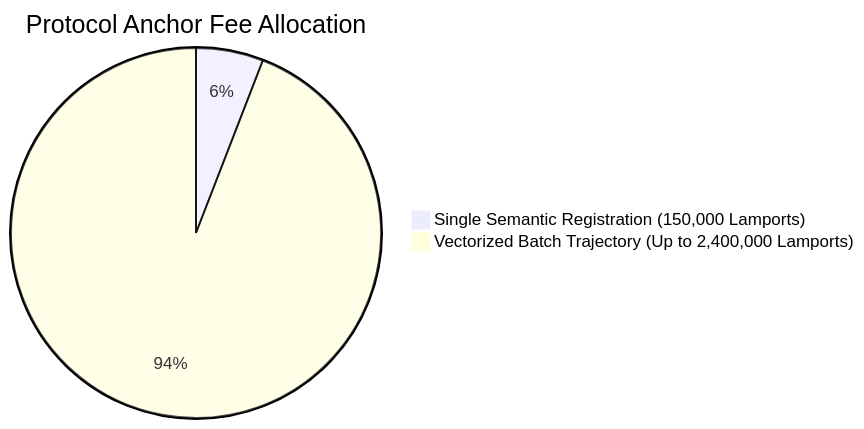
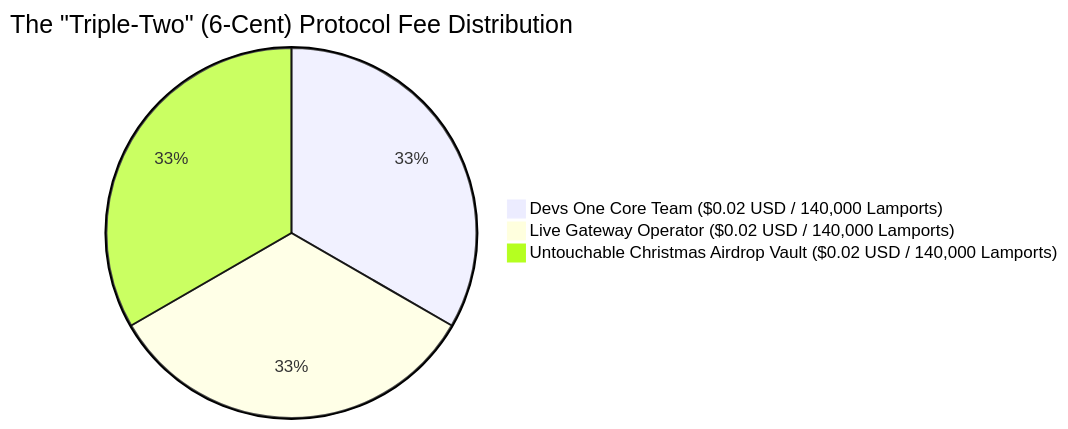
The first of 2 diagrams in docs/ZYMATICA_AUTONOMOUS_TOKENOMICS_ARCHITECTURE_WHITEPAPER.md (DannyB-bit/zymatica-kernel), drawn with Mermaid before and after one commit. The commit also changed other lines of this file and 4 other files, not shown here.

Commit message:
docs(tokenomics): finalize Triple-Two 6-Cent tokenomics (2c Devs One royalty, 2c live gateway routing, 2c untouchable Christmas airdrop vault)

````diff
--- a/docs/ZYMATICA_AUTONOMOUS_TOKENOMICS_ARCHITECTURE_WHITEPAPER.md
+++ b/docs/ZYMATICA_AUTONOMOUS_TOKENOMICS_ARCHITECTURE_WHITEPAPER.md
@@ -45,5 +14,6 @@
 ```mermaid
-pie title Protocol Anchor Fee Allocation
-    "Single Semantic Registration (150,000 Lamports)" : 150000
-    "Vectorized Batch Trajectory (Up to 2,400,000 Lamports)" : 2400000
+pie title The "Triple-Two" (6-Cent) Protocol Fee Distribution
+    "Devs One Core Team ($0.02 USD / 140,000 Lamports)" : 33.33
+    "Live Gateway Operator ($0.02 USD / 140,000 Lamports)" : 33.33
+    "Untouchable Christmas Airdrop Vault ($0.02 USD / 140,000 Lamports)" : 33.33
 ```
````
